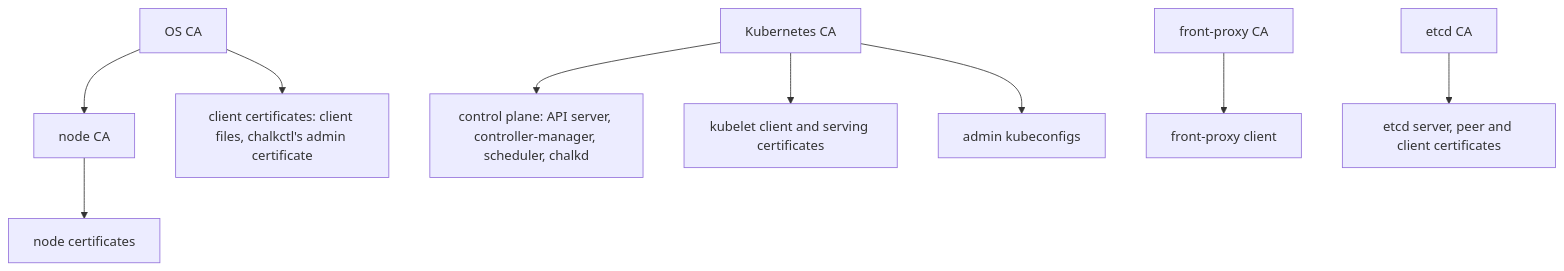
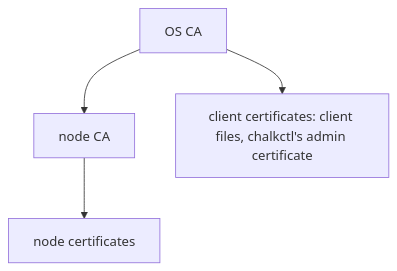
The first of 2 diagrams in docs/how-it-works/node/certificates.md (trevex/chalkos), drawn with Mermaid before and after one commit. The commit also changed other lines of this file and 30 other files, not shown here.

First line of the commit message:
docs: split networking and certificates into the node and Kubernetes layers

````diff
--- a/docs/how-it-works/node/certificates.md
+++ b/docs/how-it-works/node/certificates.md
@@ -47,11 +46,6 @@
 ```mermaid
 flowchart TD
     osca["OS CA"] --> nodeca["node CA"]
     nodeca --> nodecert["node certificates"]
     osca --> client["client certificates: client files, chalkctl's admin certificate"]
-    kca["Kubernetes CA"] --> cp["control plane: API server, controller-manager, scheduler, chalkd"]
-    kca --> kubelet["kubelet client and serving certificates"]
-    kca --> admin["admin kubeconfigs"]
-    fpca["front-proxy CA"] --> fp["front-proxy client"]
-    etcdca["etcd CA"] --> etcd["etcd server, peer and client certificates"]
 ```
````
